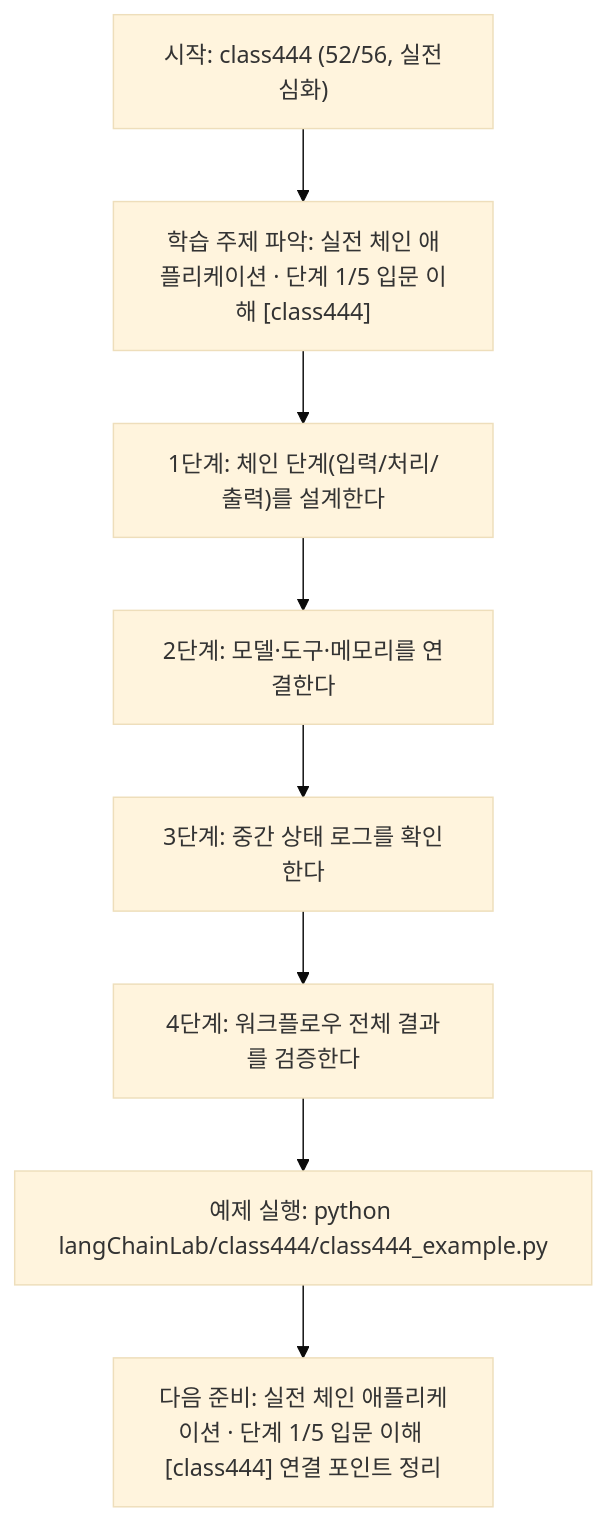
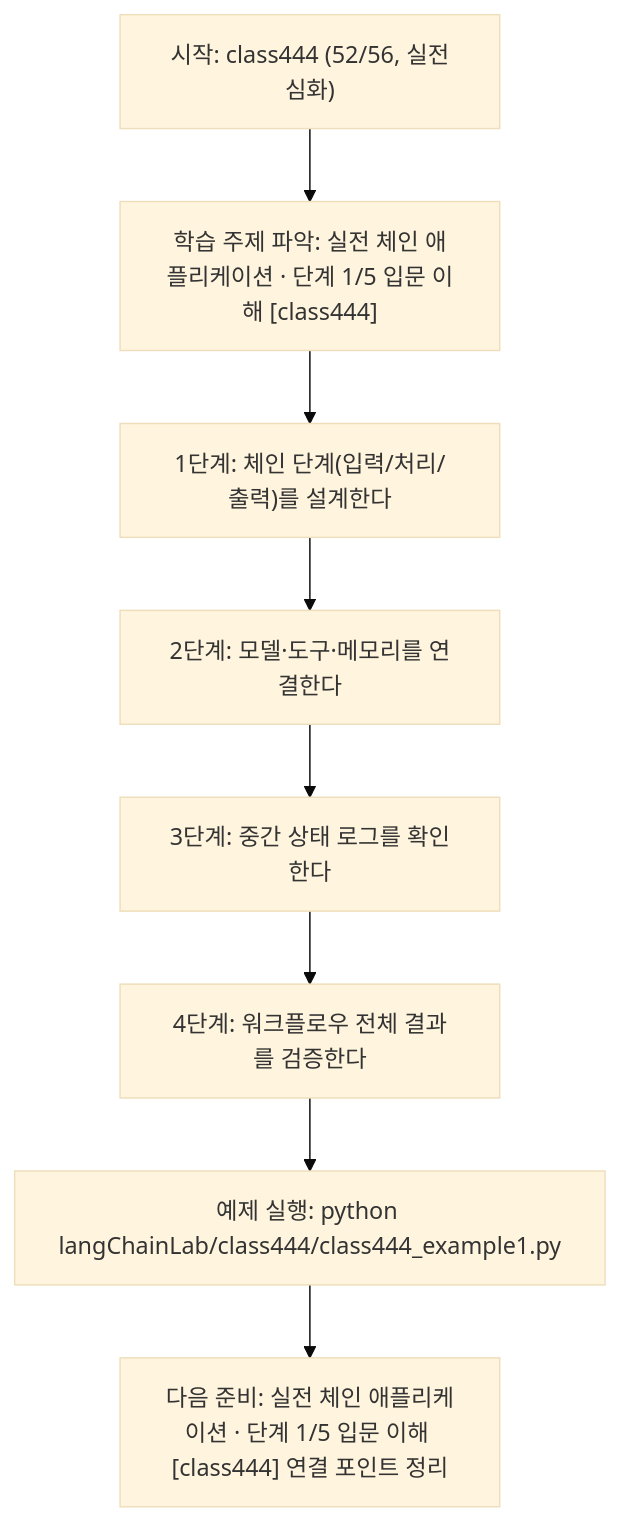
Before and after one commit to edumgt/Python-AI_Agent-Class: the diagram in langChainLab/class444/class444.md, drawn with Mermaid (base theme). The commit also changed other lines of this file and 2959 other files, not shown here.

````diff
--- a/langChainLab/class444/class444.md
+++ b/langChainLab/class444/class444.md
@@ -110,18 +110,18 @@
 ```mermaid
 flowchart TD
 N1["시작: class444 (52/56, 실전심화)"]
 N2["학습 주제 파악: 실전 체인 애플리케이션 · 단계 1/5 입문 이해 [class444]"]
 N3["1단계: 체인 단계(입력/처리/출력)를 설계한다"]
 N4["2단계: 모델·도구·메모리를 연결한다"]
 N5["3단계: 중간 상태 로그를 확인한다"]
 N6["4단계: 워크플로우 전체 결과를 검증한다"]
-N7["예제 실행: python langChainLab/class444/class444_example.py"]
+N7["예제 실행: python langChainLab/class444/class444_example1.py"]
 N8["다음 준비: 실전 체인 애플리케이션 · 단계 1/5 입문 이해 [class444] 연결 포인트 정리"]
 N1 --> N2
 N2 --> N3
 N3 --> N4
 N4 --> N5
 N5 --> N6
 N6 --> N7
 N7 --> N8
 ```
````
